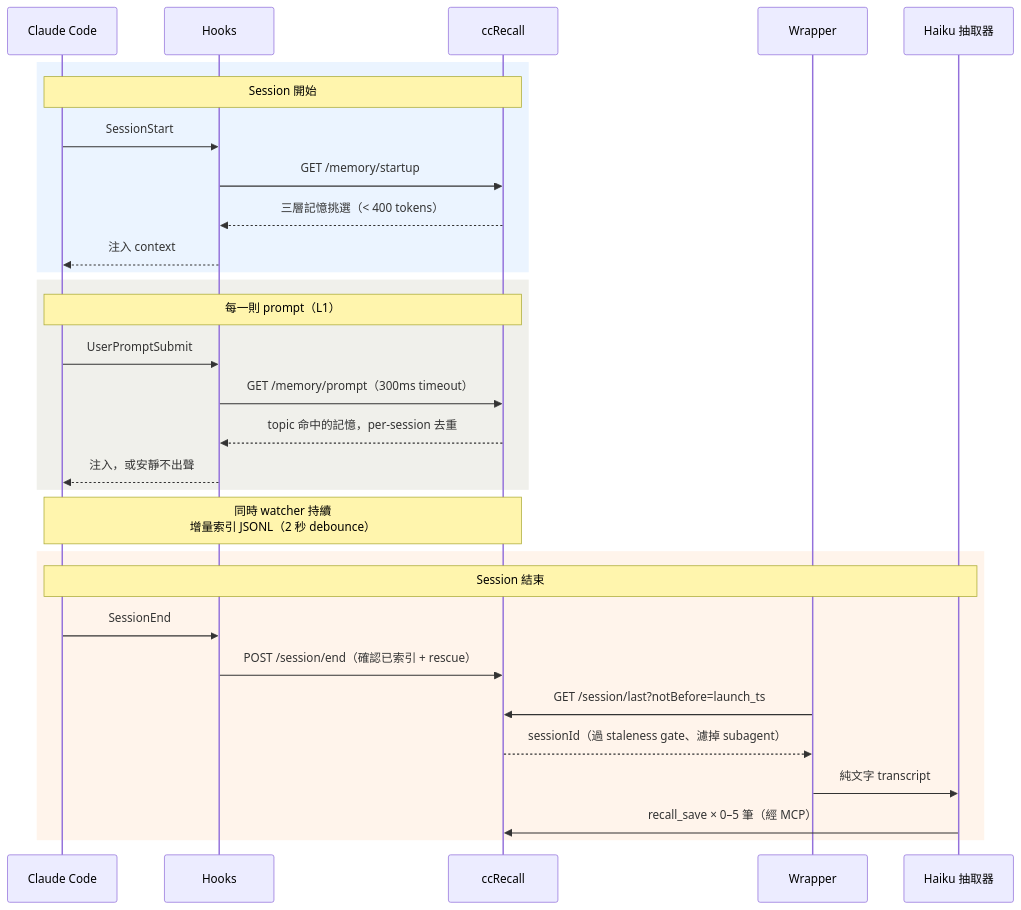
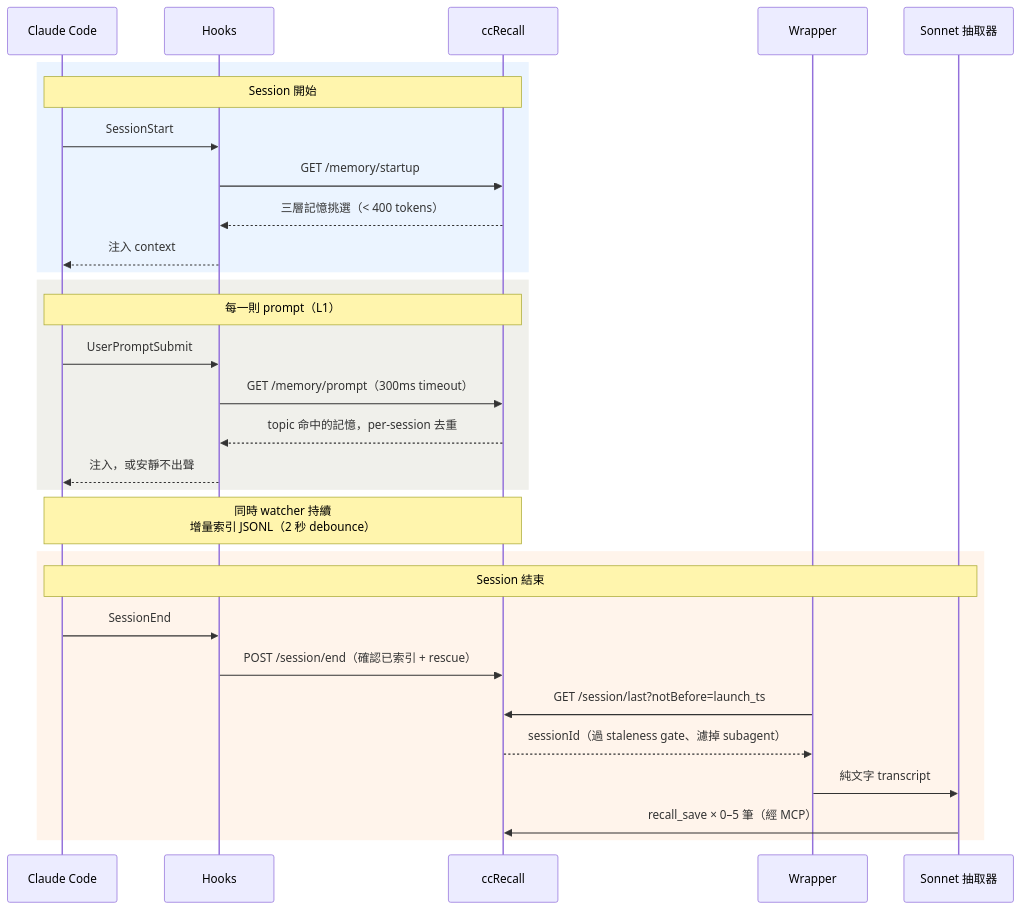
Before and after one commit to tznthou/ccRecall: the second of 2 diagrams in README_ZH.md, drawn with Mermaid. The commit also changed other lines of this file and 3 other files, not shown here.

````diff
--- a/README_ZH.md
+++ b/README_ZH.md
@@ -114,36 +114,36 @@
 ```mermaid
 sequenceDiagram
     participant CC as Claude Code
     participant H as Hooks
     participant R as ccRecall
     participant W as Wrapper
-    participant X as Haiku 抽取器
+    participant X as Sonnet 抽取器
 
     rect rgb(235, 244, 255)
     Note over CC,R: Session 開始
     CC->>H: SessionStart
     H->>R: GET /memory/startup
     R-->>H: 三層記憶挑選（< 400 tokens）
     H-->>CC: 注入 context
     end
 
     rect rgb(240, 240, 235)
     Note over CC,R: 每一則 prompt（L1）
     CC->>H: UserPromptSubmit
     H->>R: GET /memory/prompt（300ms timeout）
     R-->>H: topic 命中的記憶，per-session 去重
     H-->>CC: 注入，或安靜不出聲
     end
 
     Note over CC,R: 同時 watcher 持續<br/>增量索引 JSONL（2 秒 debounce）
 
     rect rgb(255, 244, 235)
     Note over CC,X: Session 結束
     CC->>H: SessionEnd
     H->>R: POST /session/end（確認已索引 + rescue）
     W->>R: GET /session/last?notBefore=launch_ts
     R-->>W: sessionId（過 staleness gate、濾掉 subagent）
     W->>X: 純文字 transcript
     X->>R: recall_save × 0–5 筆（經 MCP）
     end
 ```
````
